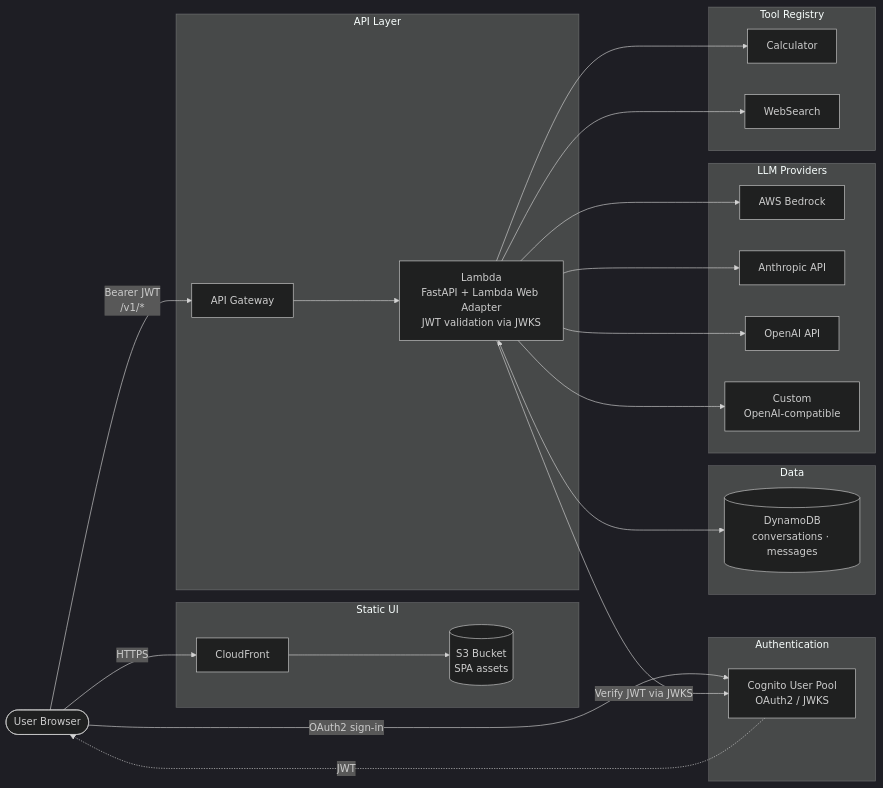
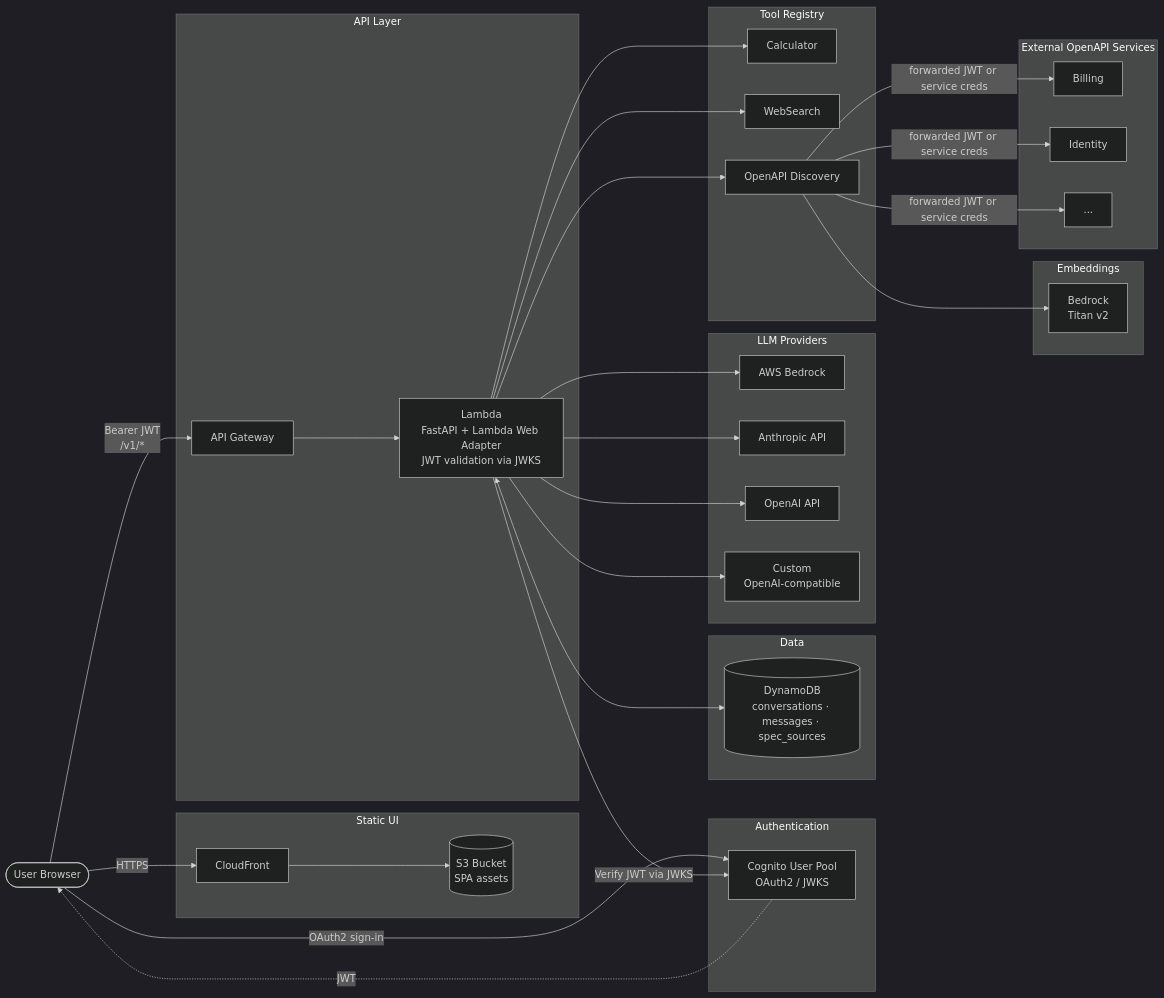
One commit to derekvasilich/lambda-chat-agent changed the diagram in README.md. Above: the diagram before and after it, drawn with Mermaid (dark theme). The commit also changed other lines of this file and 33 other files, not shown here.

Commit message:
OpenAPI discovery tool

````diff
--- a/README.md
+++ b/README.md
@@ -7,49 +7,65 @@
 ```mermaid
 flowchart LR
     User([User Browser])
 
     subgraph Frontend["Static UI"]
         CF[CloudFront]
         S3[(S3 Bucket<br/>SPA assets)]
     end
 
     subgraph Auth["Authentication"]
         Cognito[Cognito User Pool<br/>OAuth2 / JWKS]
     end
 
     subgraph API["API Layer"]
         APIGW[API Gateway]
         Lambda[Lambda<br/>FastAPI + Lambda Web Adapter<br/>JWT validation via JWKS]
     end
 
     subgraph Data["Data"]
-        DDB[(DynamoDB<br/>conversations · messages)]
+        DDB[(DynamoDB<br/>conversations · messages · spec_sources)]
     end
 
     subgraph LLMs["LLM Providers"]
         Bedrock[AWS Bedrock]
         Anthropic[Anthropic API]
         OpenAI[OpenAI API]
         Custom[Custom<br/>OpenAI-compatible]
     end
 
+    subgraph Embed["Embeddings"]
+        Titan[Bedrock<br/>Titan v2]
+    end
+
     subgraph Tools["Tool Registry"]
         Calc[Calculator]
         Web[WebSearch]
+        OD[OpenAPI Discovery]
+    end
+
+    subgraph Specs["External OpenAPI Services"]
+        Svc1[Billing]
+        Svc2[Identity]
+        SvcN[...]
     end
 
     User -->|HTTPS| CF
     CF --> S3
     User -->|OAuth2 sign-in| Cognito
     Cognito -. JWT .-> User
     User -->|Bearer JWT<br/>/v1/*| APIGW
     APIGW --> Lambda
     Lambda -->|Verify JWT via JWKS| Cognito
     Lambda <--> DDB
     Lambda --> Bedrock
     Lambda --> Anthropic
     Lambda --> OpenAI
     Lambda --> Custom
     Lambda --> Calc
     Lambda --> Web
+    Lambda --> OD
+    OD --> Titan
+    OD -->|forwarded JWT or service creds| Svc1
+    OD -->|forwarded JWT or service creds| Svc2
+    OD -->|forwarded JWT or service creds| SvcN
 ```
````
